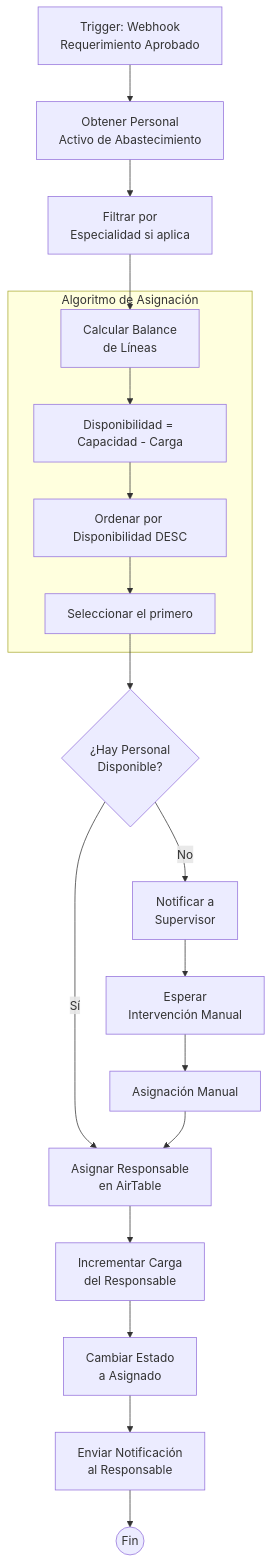
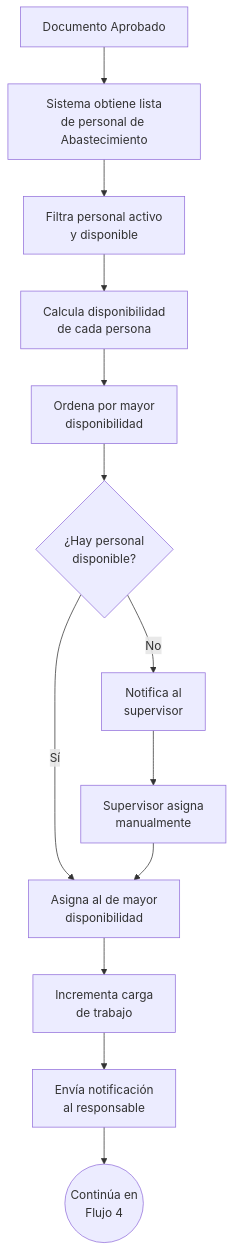
The seventh of 16 diagrams in README.md (lfam200/WorkFlow-n8n), drawn with Mermaid before and after one commit. The commit also changed other lines of this file, not shown here.

````diff
--- a/README.md
+++ b/README.md
@@ -1045,26 +323,21 @@
 ```mermaid
 flowchart TD
-    A[Trigger: Webhook<br/>Requerimiento Aprobado] --> B[Obtener Personal<br/>Activo de Abastecimiento]
+    A[Documento Aprobado] --> B[Sistema obtiene lista<br/>de personal de Abastecimiento]
     
-    B --> C[Filtrar por<br/>Especialidad si aplica]
-    C --> D[Calcular Balance<br/>de Líneas]
+    B --> C[Filtra personal activo<br/>y disponible]
     
-    subgraph "Algoritmo de Asignación"
-        D --> D1["Disponibilidad = Capacidad - Carga"]
-        D1 --> D2["Ordenar por Disponibilidad DESC"]
-        D2 --> D3["Seleccionar el primero"]
-    end
+    C --> D[Calcula disponibilidad<br/>de cada persona]
     
-    D3 --> E{¿Hay Personal<br/>Disponible?}
+    D --> E[Ordena por mayor<br/>disponibilidad]
     
-    E -->|No| F[Notificar a<br/>Supervisor]
-    F --> G[Esperar<br/>Intervención Manual]
-    G --> H[Asignación Manual]
+    E --> F{¿Hay personal<br/>disponible?}
     
-    E -->|Sí| I[Asignar Responsable<br/>en AirTable]
-    I --> J[Incrementar Carga<br/>del Responsable]
-    J --> K[Cambiar Estado<br/>a Asignado]
-    K --> L[Enviar Notificación<br/>al Responsable]
-    L --> M((Fin))
-    H --> I
+    F -->|Sí| G[Asigna al de mayor<br/>disponibilidad]
+    G --> H[Incrementa carga<br/>de trabajo]
+    H --> I[Envía notificación<br/>al responsable]
+    I --> J((Continúa en<br/>Flujo 4))
+    
+    F -->|No| K[Notifica al<br/>supervisor]
+    K --> L[Supervisor asigna<br/>manualmente]
+    L --> G
 ```
````
